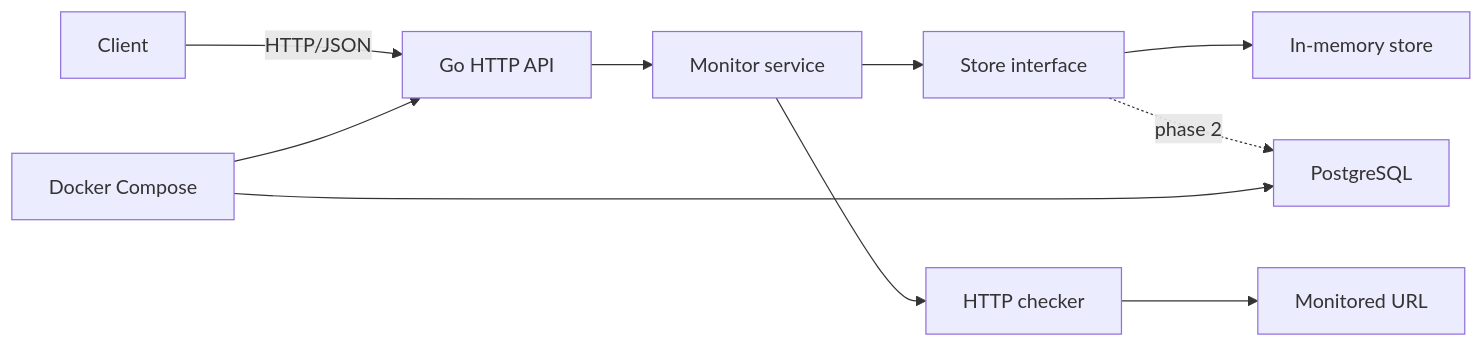
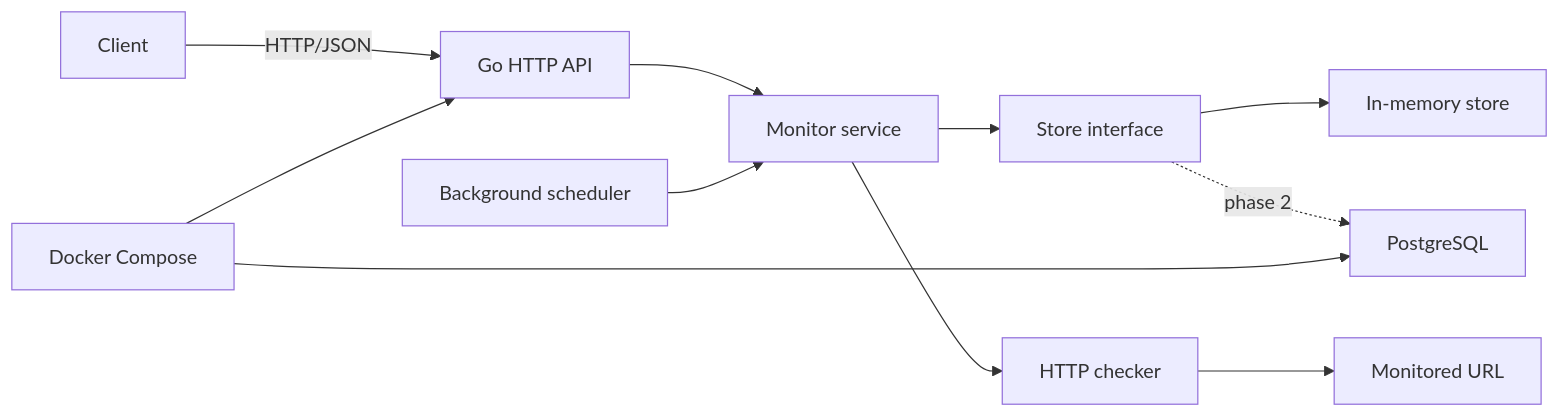
The diagram in docs/architecture.md (Nosk0v/pulsewatch), drawn with Mermaid before and after one commit. The commit also changed other lines of this file and 8 other files, not shown here.

````diff
--- a/docs/architecture.md
+++ b/docs/architecture.md
@@ -3,12 +3,13 @@
 ```mermaid
 flowchart LR
     Client -->|HTTP/JSON| API[Go HTTP API]
     API --> Service[Monitor service]
     Service --> Store[Store interface]
     Store --> Memory[In-memory store]
     Store -. phase 2 .-> PostgreSQL
     Service --> Checker[HTTP checker]
+    Scheduler[Background scheduler] --> Service
     Checker --> Target[Monitored URL]
     Docker[Docker Compose] --> API
     Docker --> PostgreSQL
 ```
````
